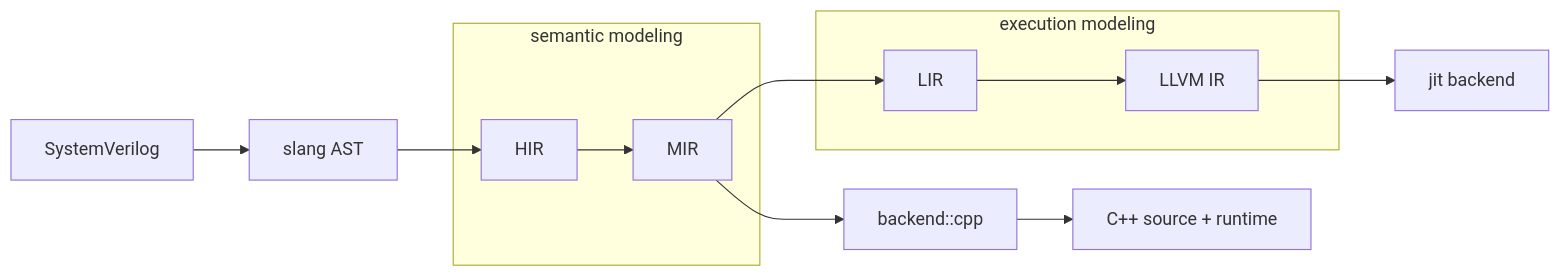
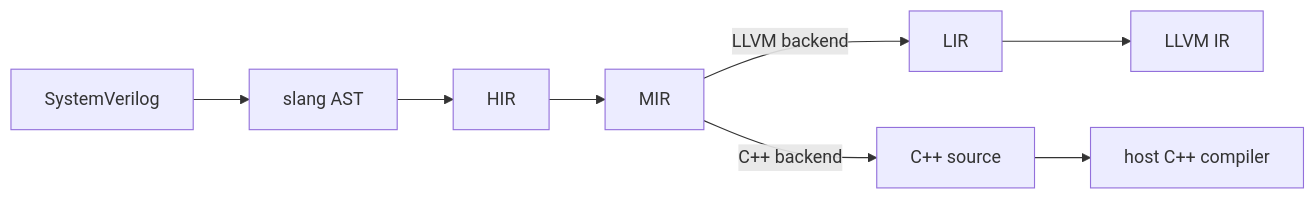
One commit to hankhsu1996/lyra changed the diagram in README.md. Above: the diagram before and after it, drawn with Mermaid. The commit also changed other lines of this file and 6 other files, not shown here.

````diff
--- a/README.md
+++ b/README.md
@@ -87,20 +47,6 @@
 ```mermaid
 flowchart LR
-  SV[SystemVerilog] --> AST[slang AST]
-  AST --> HIR
-  HIR --> MIR
-  MIR --> LIR
-  LIR --> LLVM[LLVM IR]
-  LLVM --> JIT[jit backend]
-  MIR --> CPP[backend::cpp]
-  CPP --> SRC[C++ source + runtime]
-
-  subgraph semantic [semantic modeling]
-    HIR
-    MIR
-  end
-  subgraph execution [execution modeling]
-    LIR
-    LLVM
-  end
+  SV[SystemVerilog] --> AST[slang AST] --> HIR --> MIR
+  MIR -->|LLVM backend| LIR --> LLVM[LLVM IR]
+  MIR -->|C++ backend| CPP[C++ source] --> HOST[host C++ compiler]
 ```
````
